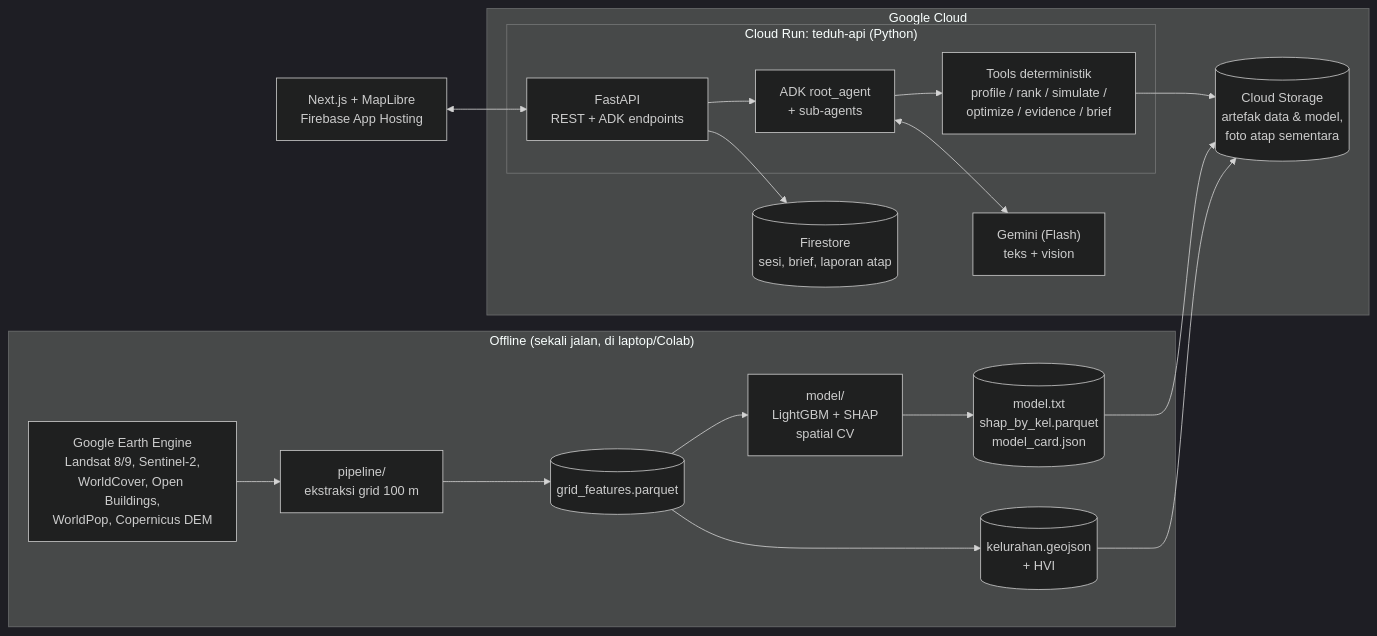
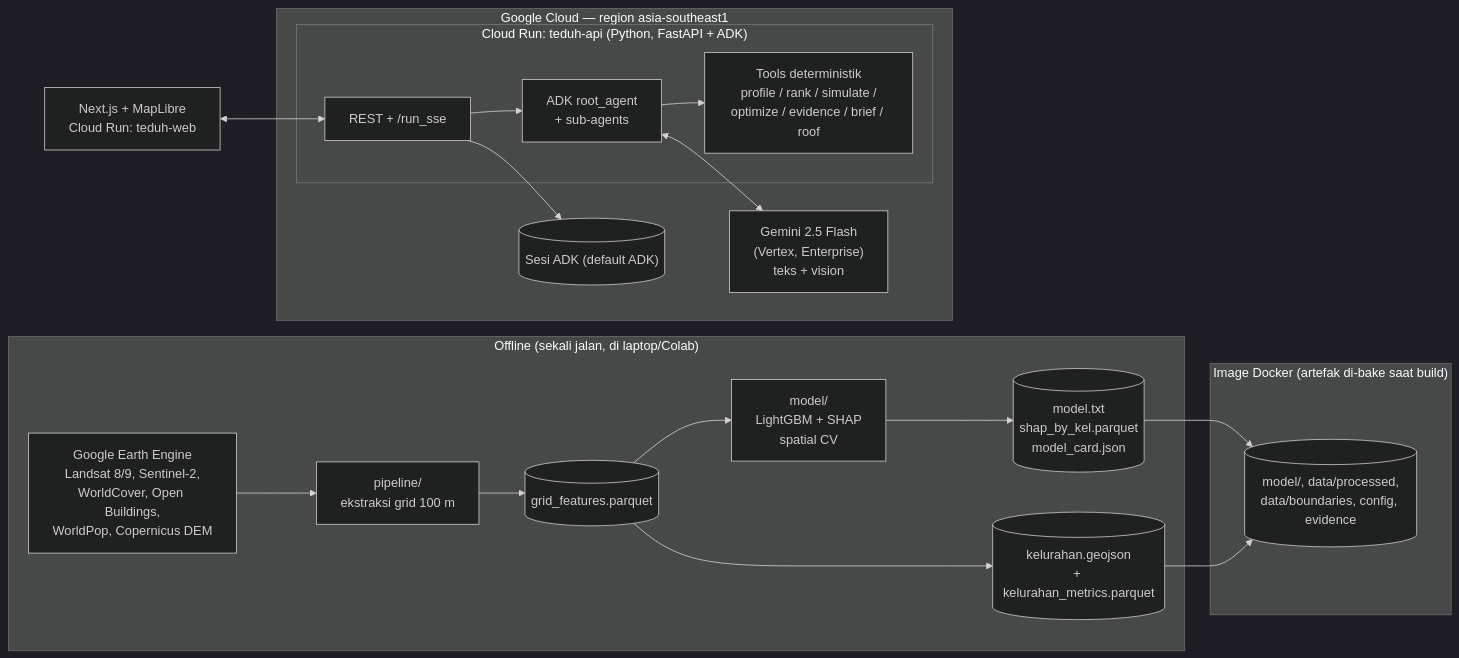
Before and after one commit to ahmadsyafiqkamil/teduh: the diagram in docs/CONCEPT.md, drawn with Mermaid (dark theme). The commit also changed other lines of this file and 1 other file, not shown here.

First line of the commit message:
docs: sinkronkan CONCEPT.md dengan implementasi + tambah brief docx

````diff
--- a/docs/CONCEPT.md
+++ b/docs/CONCEPT.md
@@ -135,30 +141,32 @@
 ```mermaid
 flowchart LR
   subgraph OFFLINE["Offline (sekali jalan, di laptop/Colab)"]
     GEE["Google Earth Engine<br/>Landsat 8/9, Sentinel-2,<br/>WorldCover, Open Buildings,<br/>WorldPop, Copernicus DEM"]
     PIPE["pipeline/<br/>ekstraksi grid 100 m"]
     TRAIN["model/<br/>LightGBM + SHAP<br/>spatial CV"]
     GEE --> PIPE --> FEAT[("grid_features.parquet")]
     FEAT --> TRAIN --> ART[("model.txt<br/>shap_by_kel.parquet<br/>model_card.json")]
-    FEAT --> AGG[("kelurahan.geojson<br/>+ HVI")]
+    FEAT --> AGG[("kelurahan.geojson<br/>+ kelurahan_metrics.parquet")]
   end
 
-  subgraph CLOUD["Google Cloud"]
-    subgraph RUN["Cloud Run: teduh-api (Python)"]
-      API["FastAPI<br/>REST + ADK endpoints"]
+  subgraph CLOUD["Google Cloud — region asia-southeast1"]
+    subgraph RUN["Cloud Run: teduh-api (Python, FastAPI + ADK)"]
+      API["REST + /run_sse"]
       AG["ADK root_agent<br/>+ sub-agents"]
-      TOOLS["Tools deterministik<br/>profile / rank / simulate /<br/>optimize / evidence / brief"]
+      TOOLS["Tools deterministik<br/>profile / rank / simulate /<br/>optimize / evidence / brief / roof"]
       API --> AG --> TOOLS
     end
-    GEM["Gemini (Flash)<br/>teks + vision"]
-    GCS[("Cloud Storage<br/>artefak data & model,<br/>foto atap sementara")]
-    FS[("Firestore<br/>sesi, brief, laporan atap")]
+    GEM["Gemini 2.5 Flash<br/>(Vertex, Enterprise)<br/>teks + vision"]
+    SESS[("Sesi ADK (default ADK)")]
     AG <--> GEM
-    TOOLS --> GCS
-    API --> FS
+    API --> SESS
   end
 
-  WEB["Next.js + MapLibre<br/>Firebase App Hosting"] <--> API
-  ART --> GCS
-  AGG --> GCS
+  WEB["Next.js + MapLibre<br/>Cloud Run: teduh-web"] <--> API
+
+  subgraph IMG["Image Docker (artefak di-bake saat build)"]
+    BAKED[("model/, data/processed,<br/>data/boundaries, config, evidence")]
+  end
+  ART --> BAKED
+  AGG --> BAKED
 ```
````
